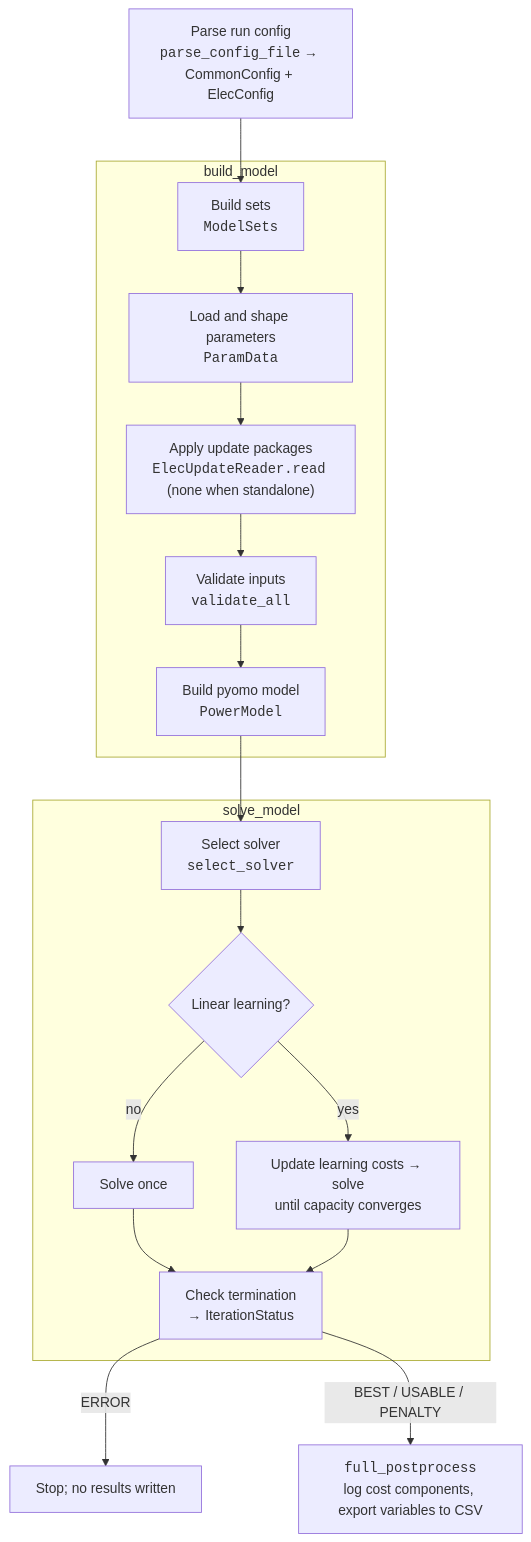
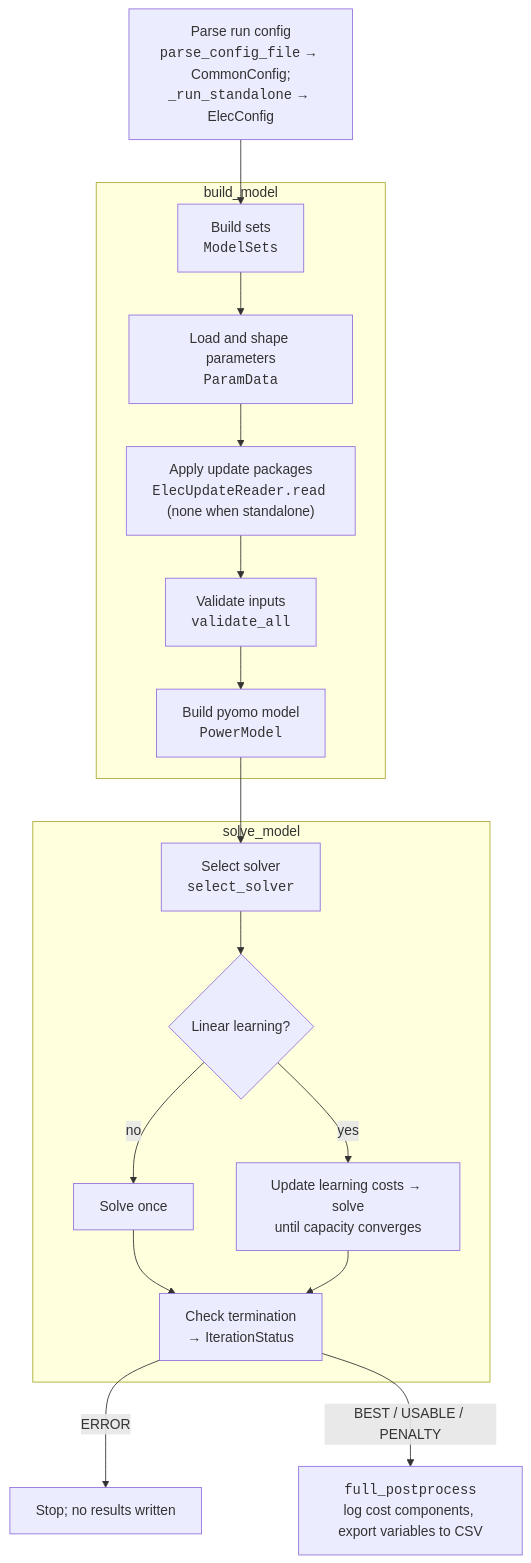
Before and after one commit to Community-NEMS/cnems-models: the diagram in docs/run_modes/standalone.md, drawn with Mermaid. The commit also changed other lines of this file, not shown here.

First line of the commit message:
Correct the standalone run flow in the run-modes docs

````diff
--- a/docs/run_modes/standalone.md
+++ b/docs/run_modes/standalone.md
@@ -30,20 +34,20 @@
 ```mermaid
 flowchart TD
-    A["Parse run config<br/><code>parse_config_file</code> → CommonConfig + ElecConfig"] --> B
+    A["Parse run config<br/><code>parse_config_file</code> → CommonConfig;<br/><code>_run_standalone</code> → ElecConfig"] --> B
     subgraph build ["build_model"]
         B["Build sets<br/><code>ModelSets</code>"] --> C["Load and shape parameters<br/><code>ParamData</code>"]
         C --> D["Apply update packages<br/><code>ElecUpdateReader.read</code> (none when standalone)"]
         D --> E["Validate inputs<br/><code>validate_all</code>"]
         E --> F["Build pyomo model<br/><code>PowerModel</code>"]
     end
     F --> G
     subgraph solve ["solve_model"]
         G["Select solver<br/><code>select_solver</code>"] --> H{"Linear learning?"}
         H -- no --> I["Solve once"]
         H -- yes --> J["Update learning costs → solve<br/>until capacity converges"]
         I --> K["Check termination<br/>→ IterationStatus"]
         J --> K
     end
     K -- ERROR --> X["Stop; no results written"]
     K -- "BEST / USABLE / PENALTY" --> L["<code>full_postprocess</code><br/>log cost components, export variables to CSV"]
 ```
````
